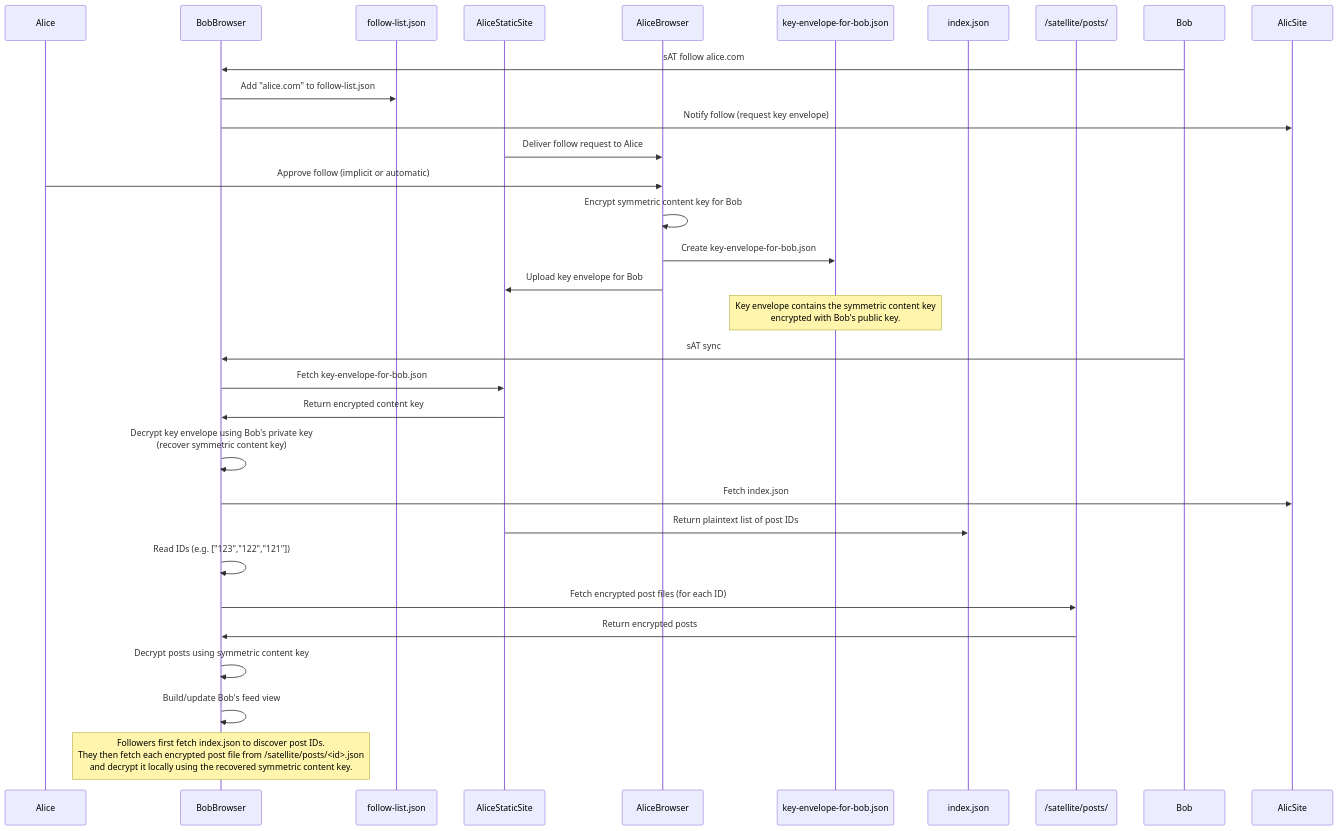
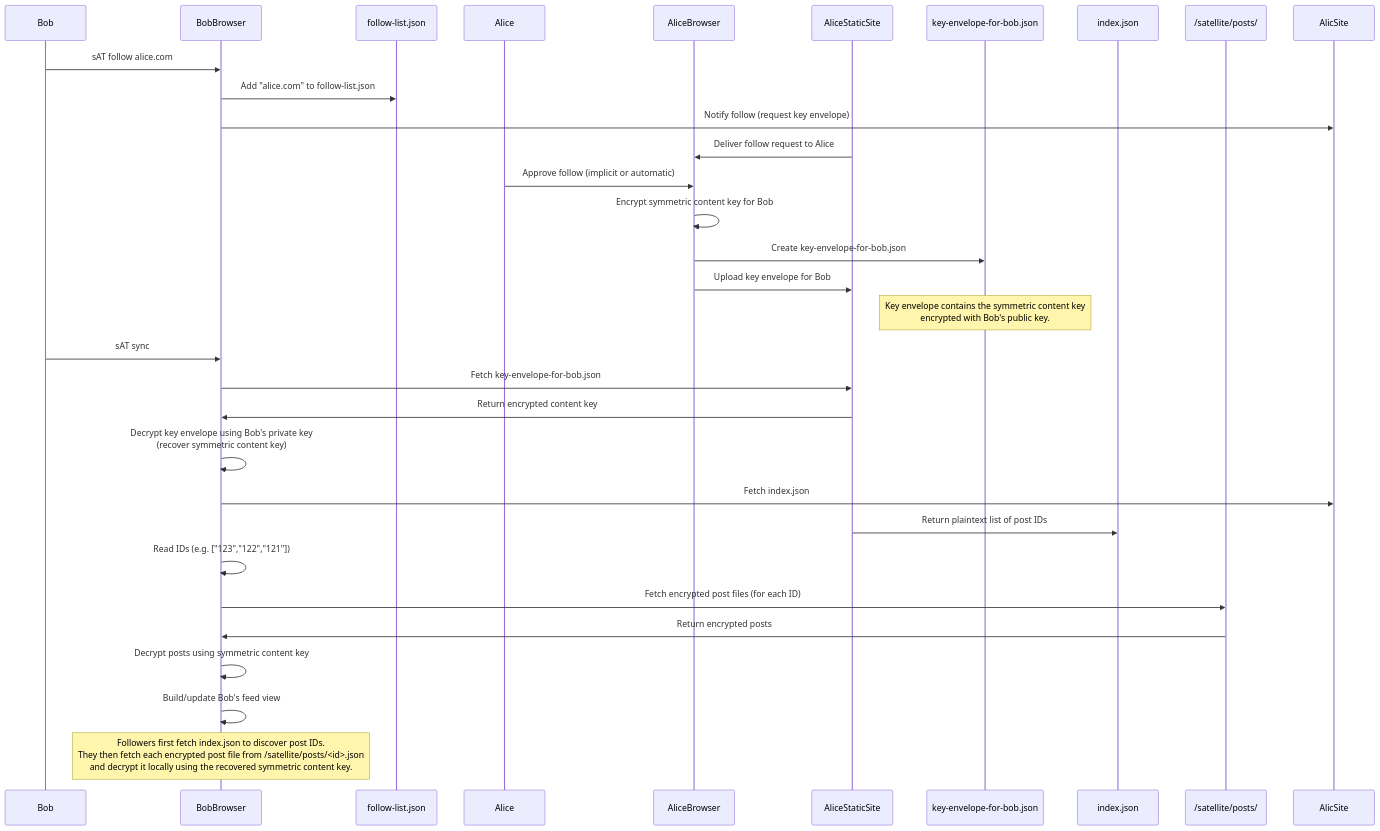
Before and after one commit to gargster/ELEC4712_Decentralised_Blog: the eighth of 12 diagrams in alternatives.md, drawn with Mermaid.

Commit message:
reordering appearance of actors in s@ replication

````diff
--- a/alternatives.md
+++ b/alternatives.md
@@ -152,40 +152,41 @@
 ```mermaid
 sequenceDiagram
-    participant Alice
+    participant Bob
     participant BobBrowser as BobBrowser
     participant BobFollowList as follow-list.json
+    participant Alice as Alice
+    participant AliceBrowser as AliceBrowser
     participant AliceSite as AliceStaticSite
-    participant AliceBrowser as AliceBrowser
     participant KeyEnvelope as key-envelope-for-bob.json
     participant IndexFile as index.json
     participant AlicePosts as /satellite/posts/
 
     Bob->>BobBrowser: sAT follow alice.com
     BobBrowser->>BobFollowList: Add "alice.com" to follow-list.json
 
     BobBrowser->>AlicSite: Notify follow (request key envelope)
     AliceSite->>AliceBrowser: Deliver follow request to Alice
 
     Alice->>AliceBrowser: Approve follow (implicit or automatic)
     AliceBrowser->>AliceBrowser: Encrypt symmetric content key for Bob
     AliceBrowser->>KeyEnvelope: Create key-envelope-for-bob.json
     AliceBrowser->>AliceSite: Upload key envelope for Bob
 
     Note over KeyEnvelope: Key envelope contains the symmetric content key<br>encrypted with Bob's public key.
 
     Bob->>BobBrowser: sAT sync
     BobBrowser->>AliceSite: Fetch key-envelope-for-bob.json
     AliceSite->>BobBrowser: Return encrypted content key
     BobBrowser->>BobBrowser: Decrypt key envelope using Bob's private key<br>(recover symmetric content key)
 
     BobBrowser->>AlicSite: Fetch index.json
     AliceSite->>IndexFile: Return plaintext list of post IDs
     BobBrowser->>BobBrowser: Read IDs (e.g. ["123","122","121"])
 
     BobBrowser->>AlicePosts: Fetch encrypted post files (for each ID)
     AlicePosts->>BobBrowser: Return encrypted posts
     BobBrowser->>BobBrowser: Decrypt posts using symmetric content key 
     BobBrowser->>BobBrowser: Build/update Bob's feed view
 
     Note over BobBrowser: Followers first fetch index.json to discover post IDs.<br>They then fetch each encrypted post file from /satellite/posts/<id>.json<br>and decrypt it locally using the recovered symmetric content key.
 ```
````
